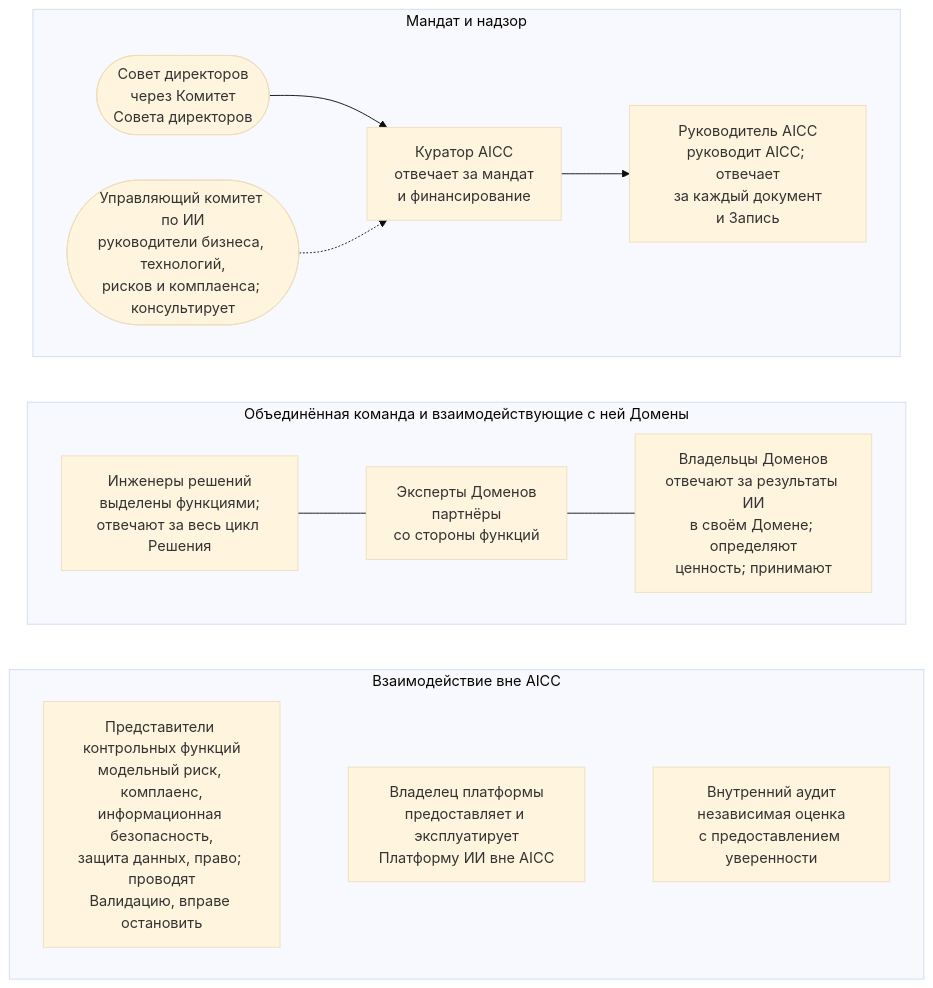
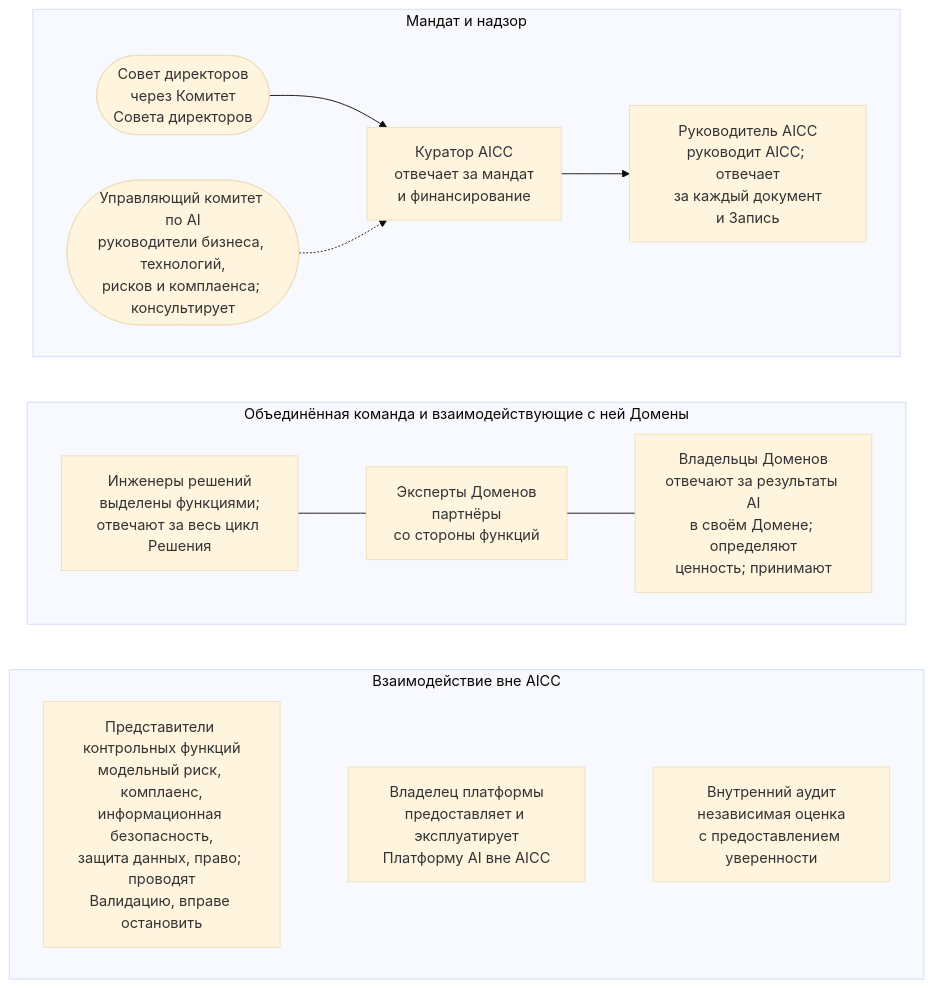
Before and after one commit to devhogu/ob-aicc: the diagram in portal/content/ru/organization/overview.md, drawn with Mermaid (base theme). The commit also changed 768 other files, not shown here.

````diff
--- a/portal/content/ru/organization/overview.md
+++ b/portal/content/ru/organization/overview.md
@@ -13,20 +13,20 @@
 ```mermaid
 flowchart TB
   subgraph TOP["Мандат и надзор"]
     direction LR
     B(["Совет директоров<br/>через Комитет<br/>Совета директоров"]) --> ES["Куратор AICC<br/>отвечает за мандат<br/>и финансирование"]
     ES --> AL["Руководитель AICC<br/>руководит AICC; отвечает<br/>за каждый документ<br/>и Запись"]
-    SC(["Управляющий комитет по ИИ<br/>руководители бизнеса, технологий,<br/>рисков и комплаенса; консультирует"]) -.-> ES
+    SC(["Управляющий комитет по AI<br/>руководители бизнеса, технологий,<br/>рисков и комплаенса; консультирует"]) -.-> ES
   end
   subgraph MID["Объединённая команда и взаимодействующие с ней Домены"]
     direction LR
     SE["Инженеры решений<br/>выделены функциями;<br/>отвечают за весь цикл Решения"] --- DE["Эксперты Доменов<br/>партнёры<br/>со стороны функций"]
-    DE --- DO["Владельцы Доменов<br/>отвечают за результаты ИИ<br/>в своём Домене; определяют<br/>ценность; принимают"]
+    DE --- DO["Владельцы Доменов<br/>отвечают за результаты AI<br/>в своём Домене; определяют<br/>ценность; принимают"]
   end
   subgraph SIDE["Взаимодействие вне AICC"]
     direction LR
-    CF["Представители контрольных функций<br/>модельный риск, комплаенс,<br/>информационная безопасность,<br/>защита данных, право; проводят<br/>Валидацию, вправе остановить"] ~~~ PO["Владелец платформы<br/>предоставляет и эксплуатирует<br/>Платформу ИИ вне AICC"] ~~~ IA["Внутренний аудит<br/>независимая оценка<br/>с предоставлением уверенности"]
+    CF["Представители контрольных функций<br/>модельный риск, комплаенс,<br/>информационная безопасность,<br/>защита данных, право; проводят<br/>Валидацию, вправе остановить"] ~~~ PO["Владелец платформы<br/>предоставляет и эксплуатирует<br/>Платформу AI вне AICC"] ~~~ IA["Внутренний аудит<br/>независимая оценка<br/>с предоставлением уверенности"]
   end
   TOP ~~~ MID
   MID ~~~ SIDE
 ```
````
